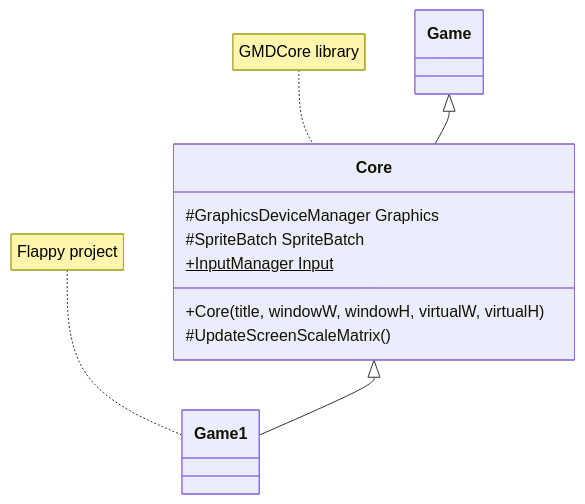
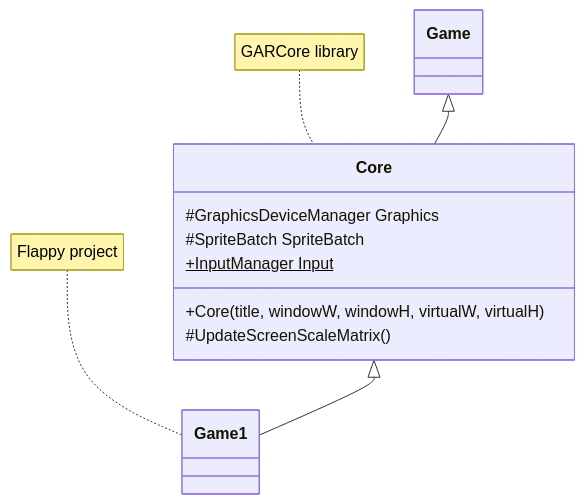
Before and after one commit to Metamate/gar: the first of 2 diagrams in src/content/docs/sessions/02-flappy-bird.md, drawn with Mermaid. The commit also changed other lines of this file and 19 other files, not shown here.

First line of the commit message:
GMDCore becomes GARCore: the course is GAR now

````diff
--- a/src/content/docs/sessions/02-flappy-bird.md
+++ b/src/content/docs/sessions/02-flappy-bird.md
@@ -68,16 +68,16 @@
 ```mermaid
 classDiagram
     class Game
     class Core {
         #GraphicsDeviceManager Graphics
         #SpriteBatch SpriteBatch
         +InputManager Input$
         +Core(title, windowW, windowH, virtualW, virtualH)
         #UpdateScreenScaleMatrix()
     }
     class Game1
     Game <|-- Core
     Core <|-- Game1
-    note for Core "GMDCore library"
+    note for Core "GARCore library"
     note for Game1 "Flappy project"
 ```
````
